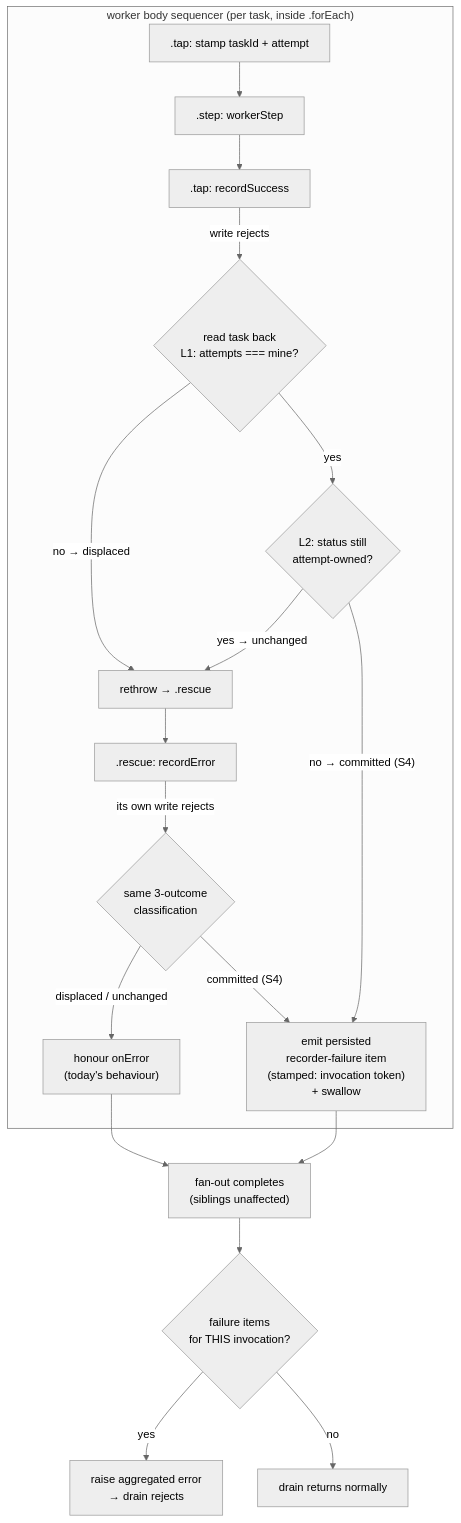
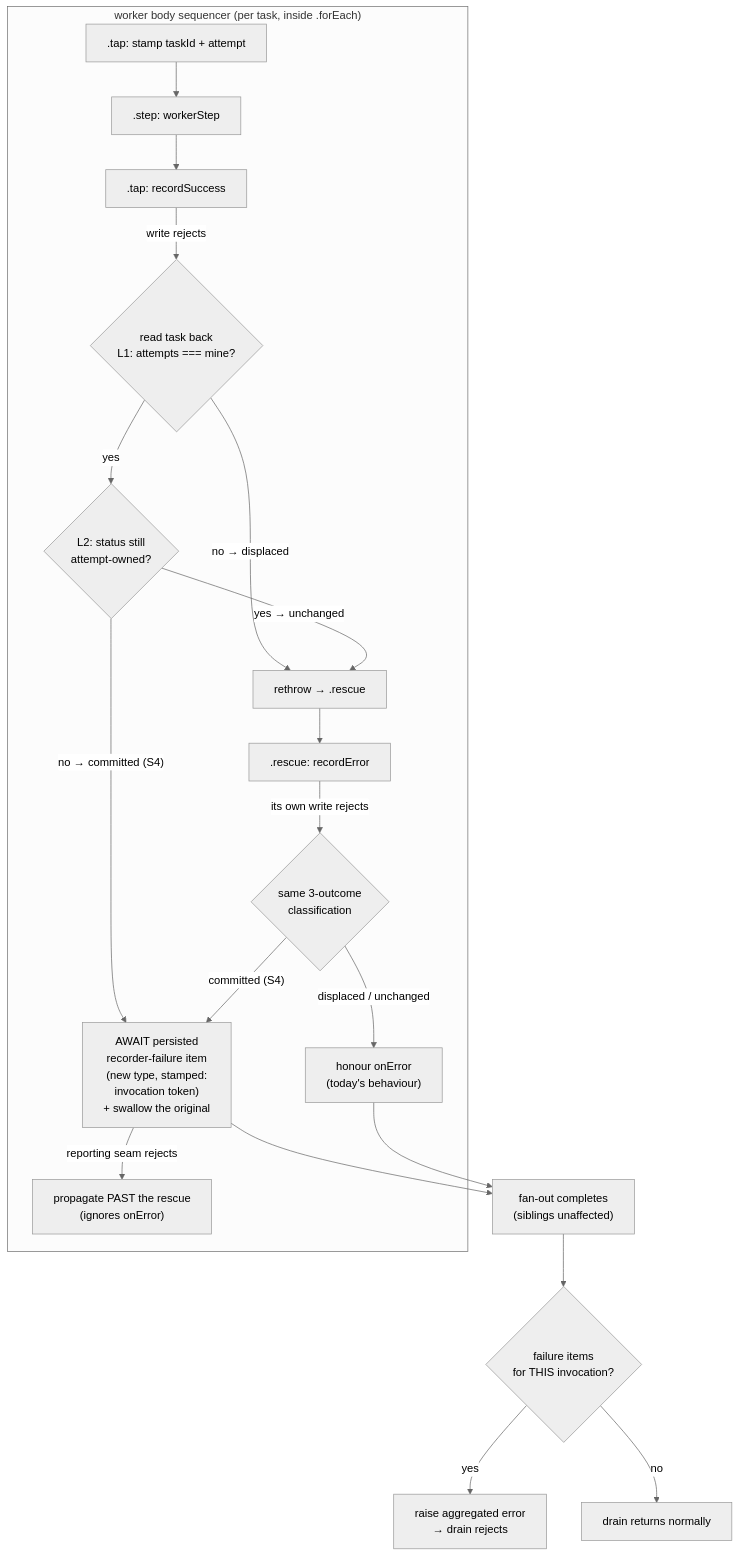
One commit to fixpoint-labs/flow-state-dev changed the diagram in docs/specs/FIX-963.md. Above: the diagram before and after it, drawn with Mermaid (neutral theme). The commit also changed other lines of this file, not shown here.

First line of the commit message:
spec(FIX-963): fold spec-review round 3 — the report channel

````diff
--- a/docs/specs/FIX-963.md
+++ b/docs/specs/FIX-963.md
@@ -313,21 +339,22 @@
 ```mermaid
 flowchart TD
     subgraph body["worker body sequencer (per task, inside .forEach)"]
         stamp[".tap: stamp taskId + attempt"] --> work[".step: workerStep"]
         work --> rs[".tap: recordSuccess"]
         rs -->|"write rejects"| cls{"read task back<br/>L1: attempts === mine?"}
         cls -->|"no → displaced"| rethrow["rethrow → .rescue"]
         cls -->|"yes"| cls1b{"L2: status still<br/>attempt-owned?"}
         cls1b -->|"yes → unchanged"| rethrow
-        cls1b -->|"no → committed (S4)"| report["emit persisted<br/>recorder-failure item<br/>(stamped: invocation token)<br/>+ swallow"]
+        cls1b -->|"no → committed (S4)"| report["AWAIT persisted<br/>recorder-failure item<br/>(new type, stamped:<br/>invocation token)<br/>+ swallow the original"]
+        report -->|"reporting seam rejects"| escape["propagate PAST the rescue<br/>(ignores onError)"]
         rethrow --> re[".rescue: recordError"]
         re -->|"its own write rejects"| cls2{"same 3-outcome<br/>classification"}
         cls2 -->|"displaced / unchanged"| honour["honour onError<br/>(today's behaviour)"]
         cls2 -->|"committed (S4)"| report
     end
     report --> drained["fan-out completes<br/>(siblings unaffected)"]
     honour --> drained
     drained --> raise{"failure items<br/>for THIS invocation?"}
     raise -->|"yes"| fail["raise aggregated error<br/>→ drain rejects"]
     raise -->|"no"| ok["drain returns normally"]
 ```
````
